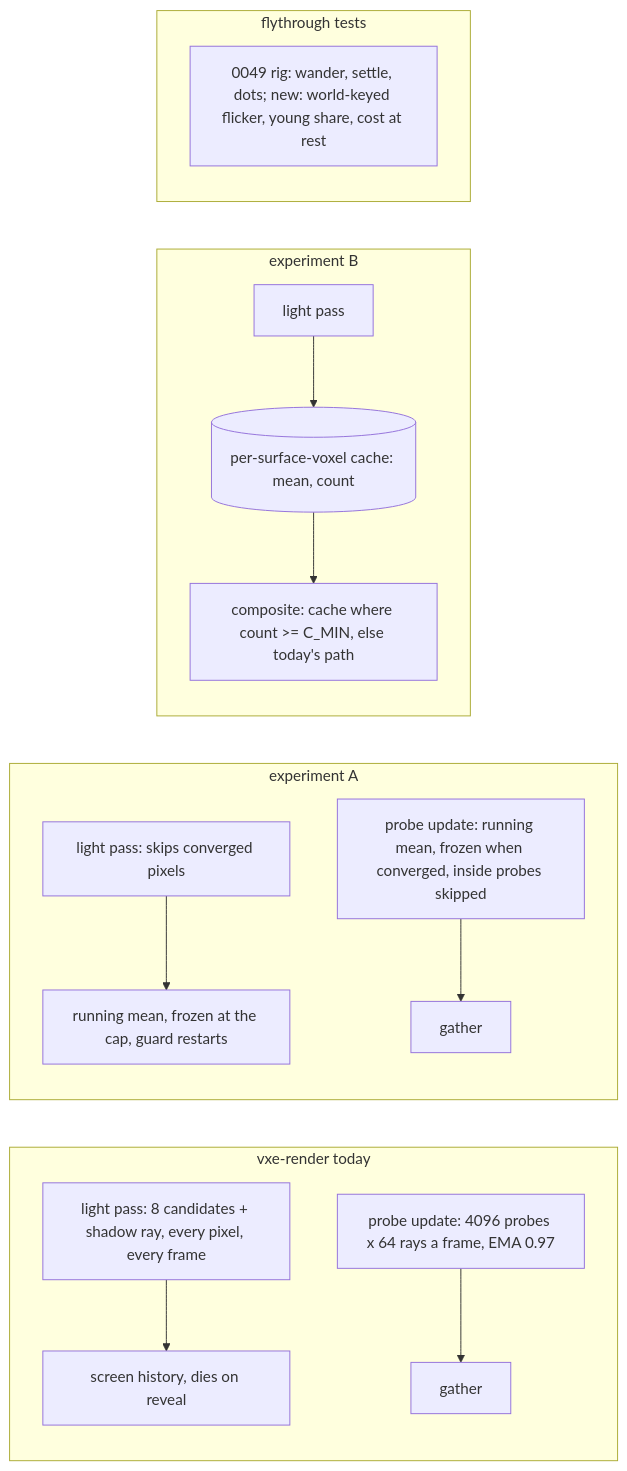
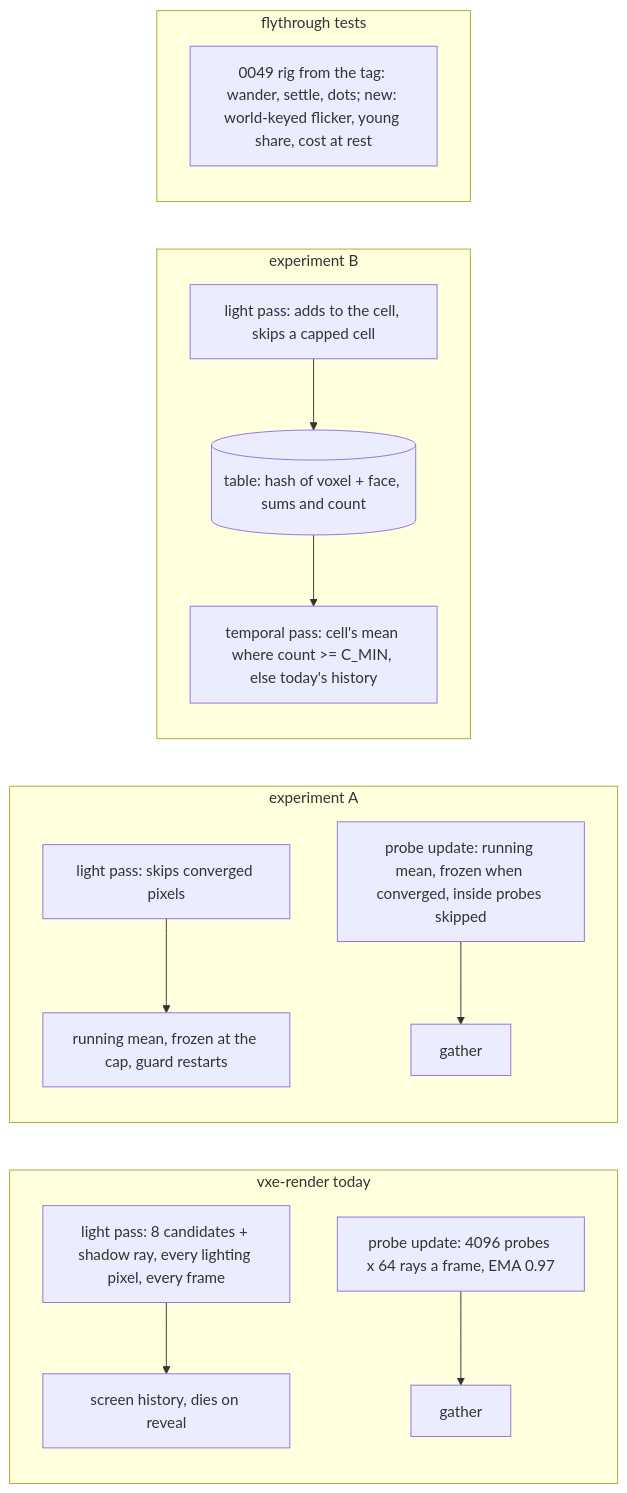
Before and after one commit to IgorKonovalov/voxel-engine: the diagram in docs/plans/0051-steady-light-spike-converge-and-freeze-and-a-world-space-emissive-cache.md, drawn with Mermaid. The commit also changed other lines of this file and 1 other file, not shown here.

````diff
--- a/docs/plans/0051-steady-light-spike-converge-and-freeze-and-a-world-space-emissive-cache.md
+++ b/docs/plans/0051-steady-light-spike-converge-and-freeze-and-a-world-space-emissive-cache.md
@@ -112,18 +165,18 @@
 ```mermaid
 flowchart LR
     subgraph vxe-render today
-        LP[light pass: 8 candidates + shadow ray, every pixel, every frame] --> TP[screen history, dies on reveal]
+        LP[light pass: 8 candidates + shadow ray, every lighting pixel, every frame] --> TP[screen history, dies on reveal]
         PU[probe update: 4096 probes x 64 rays a frame, EMA 0.97] --> PG[gather]
     end
     subgraph experiment A
         LPa[light pass: skips converged pixels] --> TPa[running mean, frozen at the cap, guard restarts]
         PUa[probe update: running mean, frozen when converged, inside probes skipped] --> PGa[gather]
     end
     subgraph experiment B
-        LPb[light pass] --> WC[(per-surface-voxel cache: mean, count)]
-        WC --> CO[composite: cache where count >= C_MIN, else today's path]
+        LPb[light pass: adds to the cell, skips a capped cell] --> WC[(table: hash of voxel + face, sums and count)]
+        WC --> TPb[temporal pass: cell's mean where count >= C_MIN, else today's history]
     end
     subgraph flythrough tests
-        R[0049 rig: wander, settle, dots; new: world-keyed flicker, young share, cost at rest]
+        R[0049 rig from the tag: wander, settle, dots; new: world-keyed flicker, young share, cost at rest]
     end
 ```
````
